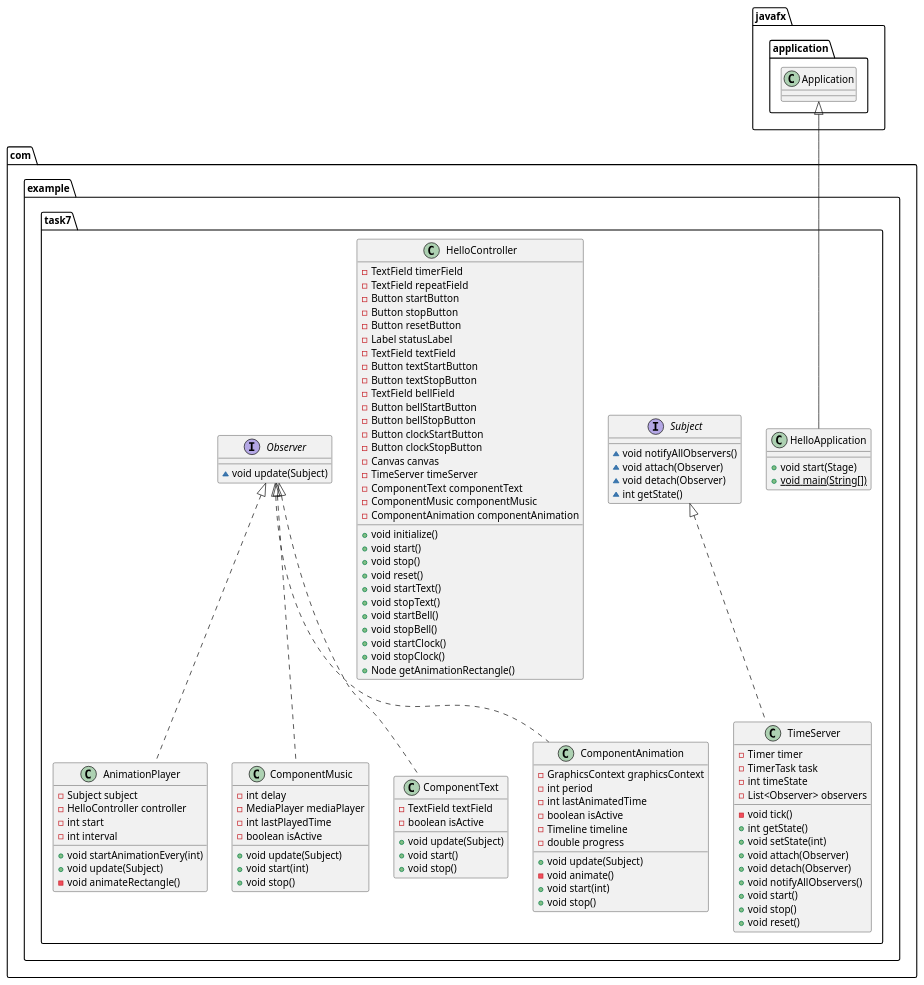
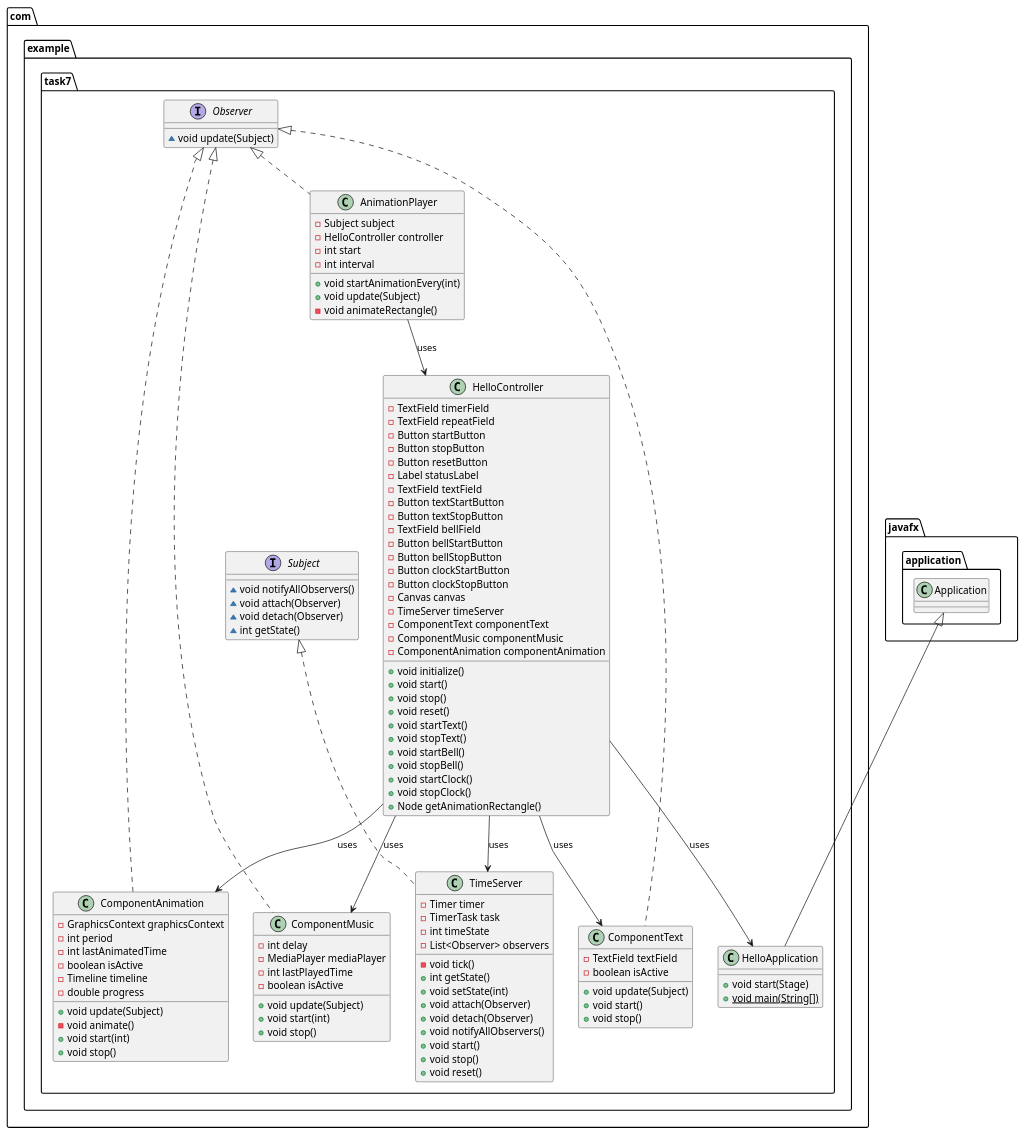
Before and after one commit to SirBrusEd2/Observer: the diagram in UML.puml, drawn with PlantUML. The commit also changed 8 other files, not shown here.

```diff
--- a/UML.puml
+++ b/UML.puml
@@ -1,122 +1,121 @@
 @startuml
 class com.example.task7.TimeServer {
 - Timer timer
 - TimerTask task
 - int timeState
 - List<Observer> observers
 - void tick()
 + int getState()
 + void setState(int)
 + void attach(Observer)
 + void detach(Observer)
 + void notifyAllObservers()
 + void start()
 + void stop()
 + void reset()
 }
-
 
 class com.example.task7.HelloApplication {
 + void start(Stage)
 + {static} void main(String[])
 }
 
 interface com.example.task7.Subject {
 ~ void notifyAllObservers()
 ~ void attach(Observer)
 ~ void detach(Observer)
 ~ int getState()
 }
 
 class com.example.task7.AnimationPlayer {
 - Subject subject
 - HelloController controller
 - int start
 - int interval
 + void startAnimationEvery(int)
 + void update(Subject)
 - void animateRectangle()
 }
 
-
 class com.example.task7.ComponentMusic {
 - int delay
 - MediaPlayer mediaPlayer
 - int lastPlayedTime
 - boolean isActive
 + void update(Subject)
 + void start(int)
 + void stop()
 }
 
-
 class com.example.task7.ComponentText {
 - TextField textField
 - boolean isActive
 + void update(Subject)
 + void start()
 + void stop()
 }
-
 
 class com.example.task7.HelloController {
 - TextField timerField
 - TextField repeatField
 - Button startButton
 - Button stopButton
 - Button resetButton
 - Label statusLabel
 - TextField textField
 - Button textStartButton
 - Button textStopButton
 - TextField bellField
 - Button bellStartButton
 - Button bellStopButton
 - Button clockStartButton
 - Button clockStopButton
 - Canvas canvas
 - TimeServer timeServer
 - ComponentText componentText
 - ComponentMusic componentMusic
 - ComponentAnimation componentAnimation
 + void initialize()
 + void start()
 + void stop()
 + void reset()
 + void startText()
 + void stopText()
 + void startBell()
 + void stopBell()
 + void startClock()
 + void stopClock()
 + Node getAnimationRectangle()
 }
 
-
 interface com.example.task7.Observer {
 ~ void update(Subject)
 }
 
 class com.example.task7.ComponentAnimation {
 - GraphicsContext graphicsContext
 - int period
 - int lastAnimatedTime
 - boolean isActive
 - Timeline timeline
 - double progress
 + void update(Subject)
 - void animate()
 + void start(int)
 + void stop()
 }
 
-
-
-
 com.example.task7.Subject <|.. com.example.task7.TimeServer
 javafx.application.Application <|-- com.example.task7.HelloApplication
 com.example.task7.Observer <|.. com.example.task7.AnimationPlayer
 com.example.task7.Observer <|.. com.example.task7.ComponentMusic
 com.example.task7.Observer <|.. com.example.task7.ComponentText
 com.example.task7.Observer <|.. com.example.task7.ComponentAnimation
+
+com.example.task7.HelloController --> com.example.task7.HelloApplication : uses
+com.example.task7.HelloController --> com.example.task7.TimeServer : uses
+com.example.task7.HelloController --> com.example.task7.ComponentText : uses
+com.example.task7.HelloController --> com.example.task7.ComponentMusic : uses
+com.example.task7.HelloController --> com.example.task7.ComponentAnimation : uses
+com.example.task7.AnimationPlayer --> com.example.task7.HelloController : uses
 @enduml
```
